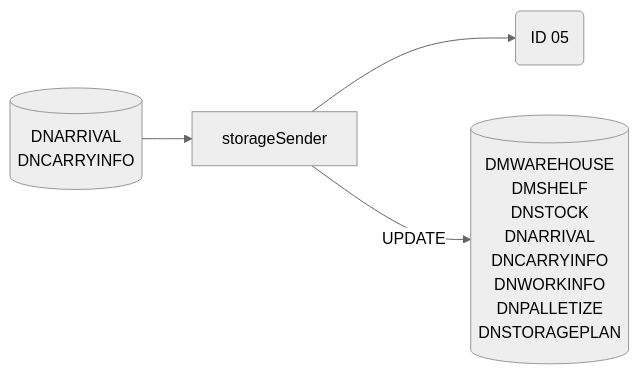
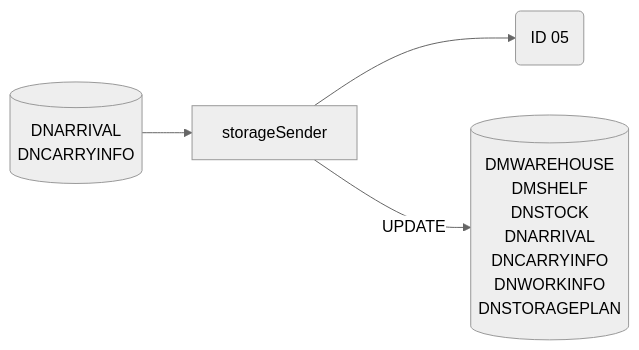
The sixth of 23 diagrams in Basic-Design/DFD-WMS/Storage/Palletizing-Settting/Palletize-Start.md (luthfiadityaa/SimeDarby-Wiki), drawn with Mermaid (neutral theme) before and after one commit. The commit also changed other lines of this file, not shown here.

```diff
--- a/Basic-Design/DFD-WMS/Storage/Palletizing-Settting/Palletize-Start.md
+++ b/Basic-Design/DFD-WMS/Storage/Palletizing-Settting/Palletize-Start.md
@@ -441,24 +441,23 @@
 ::: mermaid
 flowchart LR
 automaticmodechangesender-update[("
 DMWAREHOUSE
 DMSHELF
 DNSTOCK
 DNARRIVAL
 DNCARRYINFO
 DNWORKINFO
-DNPALLETIZE
 DNSTORAGEPLAN
 ")]
 automaticmodechangesender-input[("
 DNARRIVAL
 DNCARRYINFO
 ")]
 
 id05msg("
 ID 05
 ")
 
 automaticmodechangesender-input-->storageSender-->id05msg
 storageSender--> |UPDATE| automaticmodechangesender-update
 :::
```
